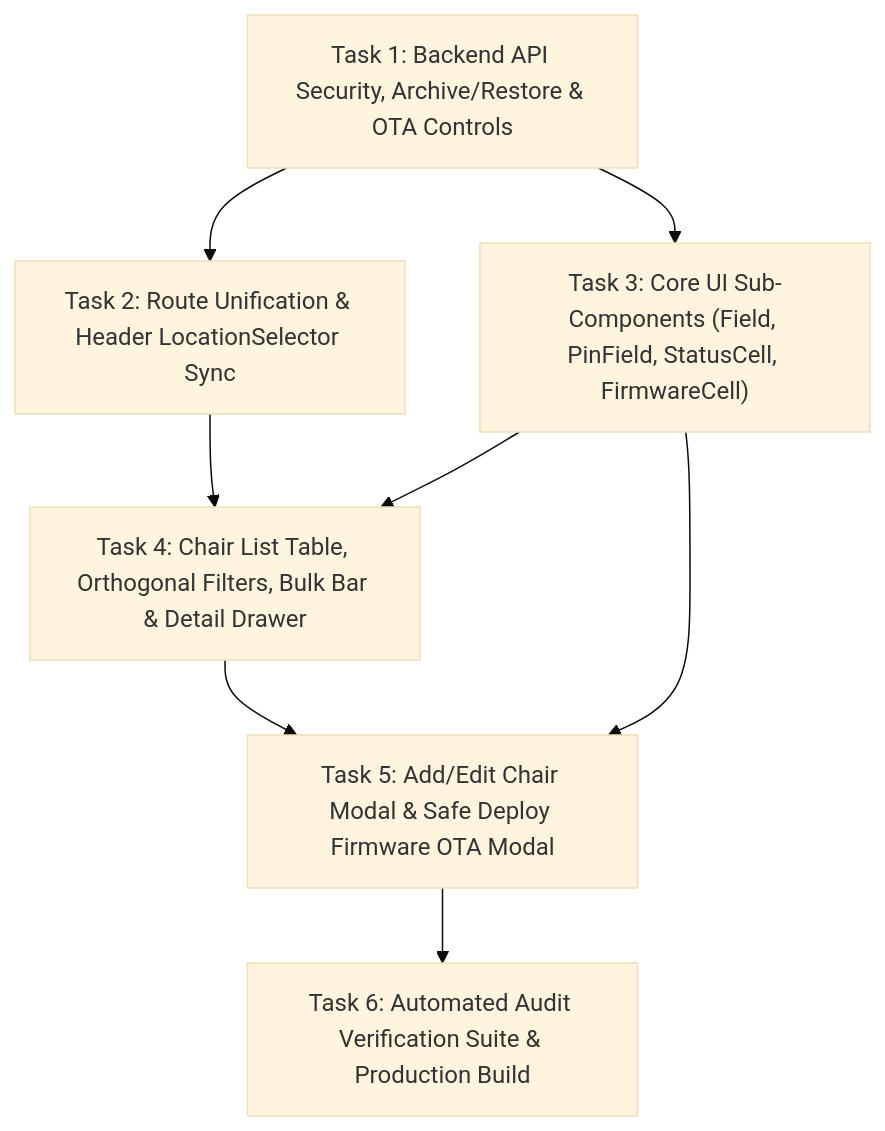
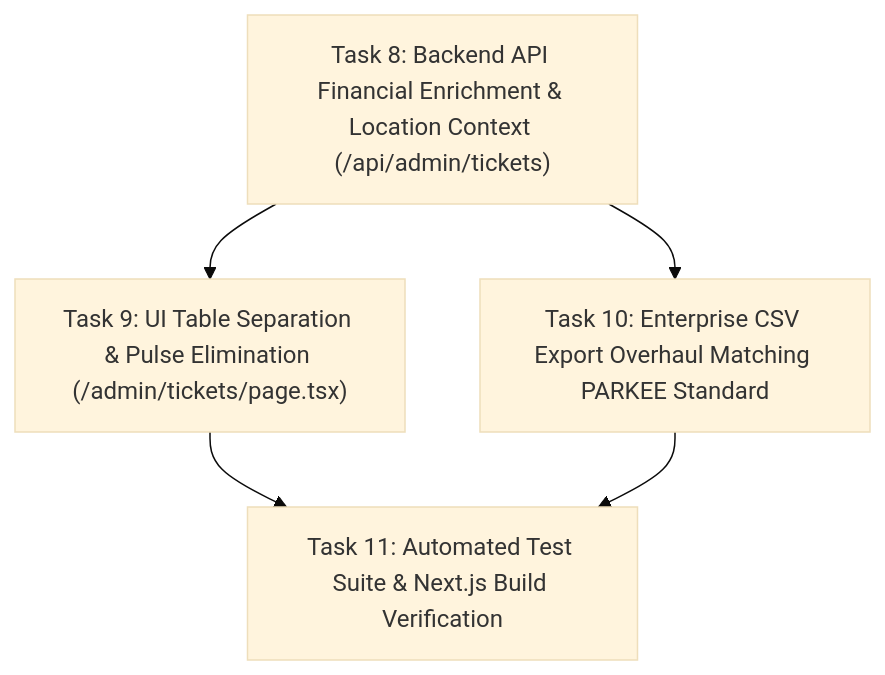
The diagram in tasks/plan.md (SmartChairSakura/Sakura-Massage-Chair), drawn with Mermaid (base theme) before and after one commit. The commit also changed other lines of this file and 27 other files, not shown here.

````diff
--- a/tasks/plan.md
+++ b/tasks/plan.md
@@ -69,10 +57,7 @@
 ```mermaid
 flowchart TD
-  T1["Task 1: Backend API Security, Archive/Restore & OTA Controls"] --> T2["Task 2: Route Unification & Header LocationSelector Sync"]
-  T1 --> T3["Task 3: Core UI Sub-Components (Field, PinField, StatusCell, FirmwareCell)"]
-  T2 --> T4["Task 4: Chair List Table, Orthogonal Filters, Bulk Bar & Detail Drawer"]
-  T3 --> T4
-  T3 --> T5["Task 5: Add/Edit Chair Modal & Safe Deploy Firmware OTA Modal"]
-  T4 --> T5
-  T5 --> T6["Task 6: Automated Audit Verification Suite & Production Build"]
+  T8["Task 8: Backend API Financial Enrichment & Location Context (/api/admin/tickets)"] --> T9["Task 9: UI Table Separation & Pulse Elimination (/admin/tickets/page.tsx)"]
+  T8 --> T10["Task 10: Enterprise CSV Export Overhaul Matching PARKEE Standard"]
+  T9 --> T11["Task 11: Automated Test Suite & Next.js Build Verification"]
+  T10 --> T11
 ```
````
